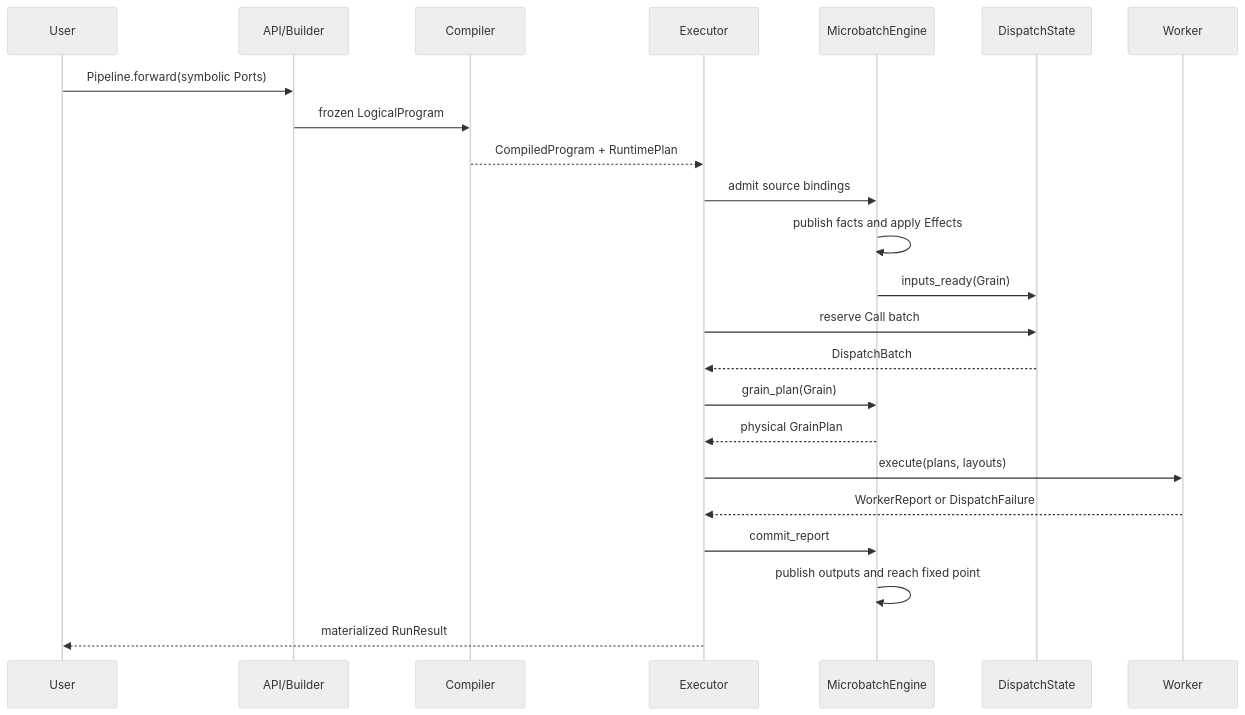
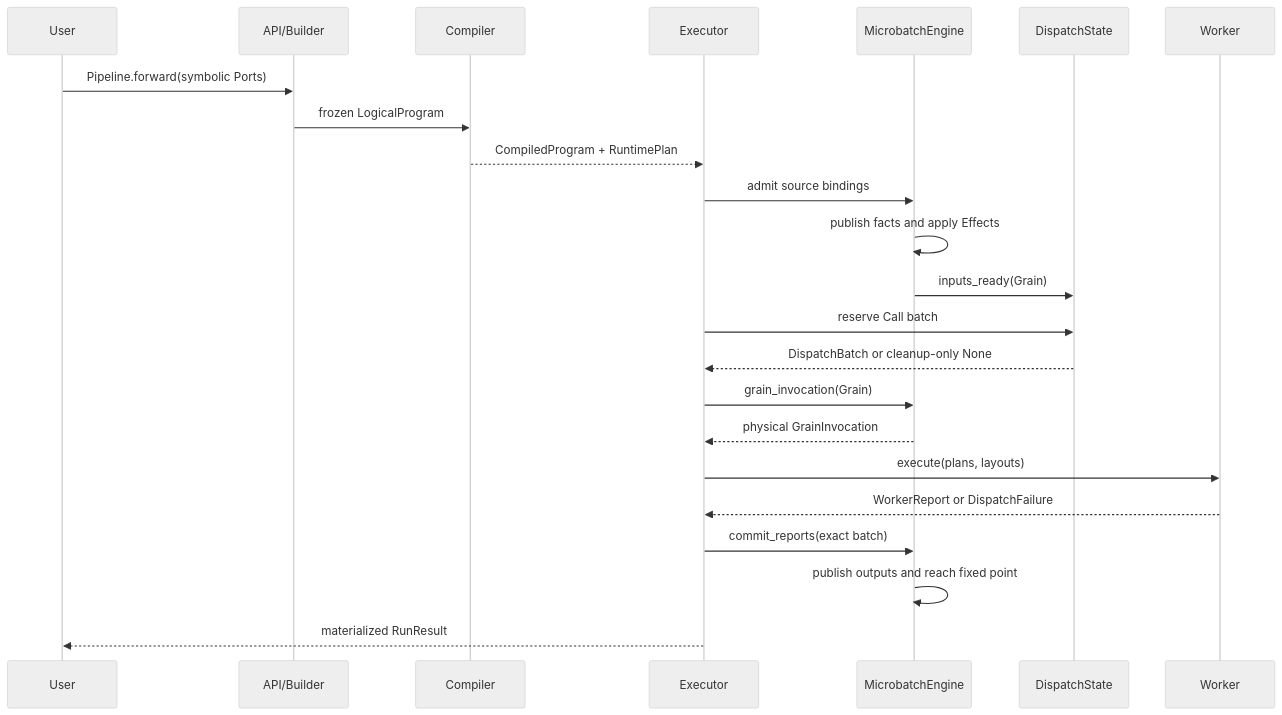
One commit to OpenDCAI/RayOrch changed the third of 3 diagrams in docs/multigrain_v3_6_walkthrough/README.md. Above: the diagram before and after it, drawn with Mermaid (neutral theme). The commit also changed other lines of this file and 31 other files, not shown here.

Commit message:
docs(v3.6): publish bilingual architecture guides

````diff
--- a/docs/multigrain_v3_6_walkthrough/README.md
+++ b/docs/multigrain_v3_6_walkthrough/README.md
@@ -132,26 +178,26 @@
 ```mermaid
 sequenceDiagram
     participant U as User
     participant A as API/Builder
     participant C as Compiler
     participant X as Executor
     participant E as MicrobatchEngine
     participant D as DispatchState
     participant W as Worker
 
     U->>A: Pipeline.forward(symbolic Ports)
     A->>C: frozen LogicalProgram
     C-->>X: CompiledProgram + RuntimePlan
     X->>E: admit source bindings
     E->>E: publish facts and apply Effects
     E->>D: inputs_ready(Grain)
     X->>D: reserve Call batch
-    D-->>X: DispatchBatch
-    X->>E: grain_plan(Grain)
-    E-->>X: physical GrainPlan
+    D-->>X: DispatchBatch or cleanup-only None
+    X->>E: grain_invocation(Grain)
+    E-->>X: physical GrainInvocation
     X->>W: execute(plans, layouts)
     W-->>X: WorkerReport or DispatchFailure
-    X->>E: commit_report
+    X->>E: commit_reports(exact batch)
     E->>E: publish outputs and reach fixed point
     X-->>U: materialized RunResult
 ```
````
